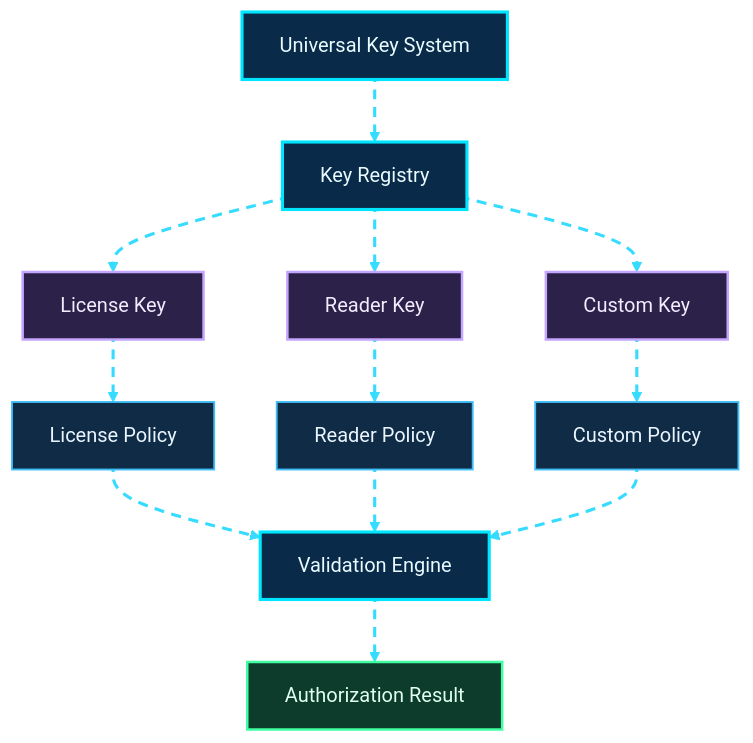
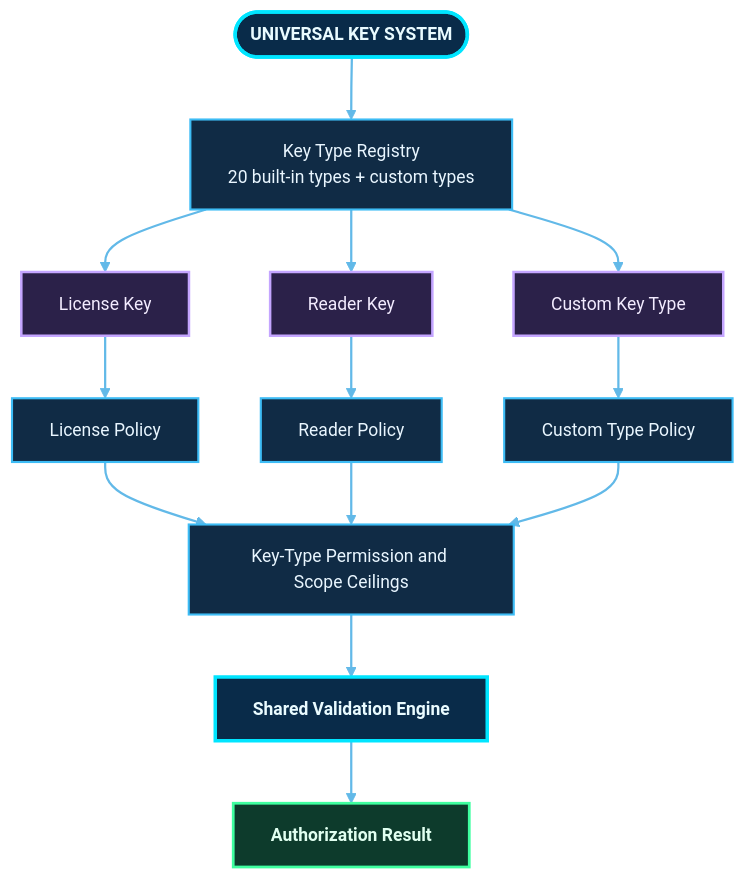
The eighth of 23 diagrams in README.md (shajeduzzamanenan992008inc/NexOra-Database-key-Gen), drawn with Mermaid before and after one commit. The commit also changed other lines of this file, not shown here.

````diff
--- a/README.md
+++ b/README.md
@@ -809,37 +793,36 @@
 ```mermaid
-%%{init: {"theme":"base","themeVariables":{"darkMode":true,"background":"#07111f","primaryColor":"#102744","primaryTextColor":"#e8f7ff","primaryBorderColor":"#00d9ff","lineColor":"#7297c8","secondaryColor":"#261d45","secondaryTextColor":"#f3eaff","secondaryBorderColor":"#a78bfa","tertiaryColor":"#12332b","tertiaryTextColor":"#e0fff1","tertiaryBorderColor":"#41e6a2","fontFamily":"Inter, Segoe UI, sans-serif","edgeLabelBackground":"#101d34","mainBkg":"#102744","nodeBorder":"#00d9ff","clusterBkg":"#0b1930","clusterBorder":"#6f7dff","actorBkg":"#102744","actorBorder":"#00d9ff","actorTextColor":"#e8f7ff","signalColor":"#64d8ff","signalTextColor":"#e8f7ff","noteBkgColor":"#0e332b","noteBorderColor":"#41e6a2","noteTextColor":"#e0fff1"}}}%%
-flowchart TD
-    A["Universal Key System"] nx07e01@--> B["Key Registry"]
-    B nx07e02@--> C["License Key"]
-    B nx07e03@--> D["Reader Key"]
-    B nx07e04@--> E["Custom Key"]
+%%{init: {"theme":"base","themeVariables":{"darkMode":true,"background":"#07111f","primaryColor":"#102744","primaryTextColor":"#e8f7ff","primaryBorderColor":"#00d9ff","lineColor":"#62b9e8","secondaryColor":"#261d45","secondaryTextColor":"#f3eaff","secondaryBorderColor":"#a78bfa","tertiaryColor":"#12332b","tertiaryTextColor":"#e0fff1","tertiaryBorderColor":"#41e6a2","fontFamily":"Inter, Segoe UI, sans-serif","fontSize":"14px","edgeLabelBackground":"#101d34","mainBkg":"#102744","nodeBorder":"#00d9ff","clusterBkg":"#0b1930","clusterBorder":"#6f7dff","actorBkg":"#102744","actorBorder":"#00d9ff","actorTextColor":"#e8f7ff","signalColor":"#64d8ff","signalTextColor":"#e8f7ff","noteBkgColor":"#0e332b","noteBorderColor":"#41e6a2","noteTextColor":"#e0fff1"}}}%%
+flowchart TB
+    SYS(["UNIVERSAL KEY SYSTEM"]) --> REG["Key Type Registry<br/>20 built-in types + custom types"]
 
-    C nx07e05@--> F["License Policy"]
-    D nx07e06@--> G["Reader Policy"]
-    E nx07e07@--> H["Custom Policy"]
+    REG --> LIC["License Key"]
+    REG --> READ["Reader Key"]
+    REG --> CUSTOM["Custom Key Type"]
 
-    F nx07e08@--> I["Validation Engine"]
-    G nx07e09@--> I
-    H nx07e10@--> I
+    LIC --> LP["License Policy"]
+    READ --> RP["Reader Policy"]
+    CUSTOM --> CP["Custom Type Policy"]
 
-    I nx07e11@--> J["Authorization Result"]
+    LP --> CEIL["Key-Type Permission and Scope Ceilings"]
+    RP --> CEIL
+    CP --> CEIL
+    CEIL --> VALID["Shared Validation Engine"]
+    VALID --> RESULT["Authorization Result"]
 
-    %% OMEGA NEX-ORA visual classes
-    %% OMEGA NEX-ORA / ULTRA NEON PALETTE
-    classDef nxCore fill:#092b49,stroke:#00e5ff,stroke-width:2.5px,color:#e9fbff;
-    classDef nxProcess fill:#102b45,stroke:#3dbcf5,stroke-width:1.5px,color:#e9f6ff;
-    classDef nxDecision fill:#2b2050,stroke:#b38cff,stroke-width:2px,color:#f3edff;
-    classDef nxSuccess fill:#0d3b2c,stroke:#3fffa0,stroke-width:2px,color:#e0fff0;
-    classDef nxDanger fill:#451d30,stroke:#ff6688,stroke-width:2px,color:#fff0f3;
+
+    %% OMEGA NEX-ORA · ULTRA NEON DESIGN SYSTEM
+    classDef nxCore fill:#092b49,stroke:#00e5ff,stroke-width:2.8px,color:#e9fbff,font-weight:bold;
+    classDef nxProcess fill:#102b45,stroke:#3dbcf5,stroke-width:1.7px,color:#e9f6ff;
+    classDef nxDecision fill:#2b2050,stroke:#b38cff,stroke-width:2.2px,color:#f3edff,font-weight:bold;
+    classDef nxSuccess fill:#0d3b2c,stroke:#3fffa0,stroke-width:2.2px,color:#e0fff0,font-weight:bold;
+    classDef nxDanger fill:#451d30,stroke:#ff6688,stroke-width:2.2px,color:#fff0f3,font-weight:bold;
     classDef nxData fill:#12352d,stroke:#63e6be,stroke-width:2px,color:#e1fff5;
     classDef nxExternal fill:#2b2149,stroke:#c4a5ff,stroke-width:2px,color:#f3ecff;
     classDef nxInfo fill:#17253e,stroke:#91a7c9,stroke-width:1.5px,color:#e5efff;
     classDef nxWarning fill:#453116,stroke:#fbbf24,stroke-width:2px,color:#fff6d6;
-    %% Moving dashed route: Mermaid applies this class to explicitly identified edges.
-    classDef nxAnimated stroke:#35dcff,stroke-width:2.5px,stroke-dasharray:8\,6,stroke-dashoffset:1000,animation:dash 24s linear infinite;
-    class A,B,I nxCore;
-    class C,D,E nxExternal;
-    class F,G,H nxProcess;
-    class J nxSuccess;
-    class nx07e01,nx07e02,nx07e03,nx07e04,nx07e05,nx07e06,nx07e07,nx07e08,nx07e09,nx07e10,nx07e11 nxAnimated;
+    linkStyle default stroke:#62b9e8,stroke-width:1.8px;
+    class SYS,VALID nxCore;
+    class REG,LP,RP,CP,CEIL nxProcess;
+    class LIC,READ,CUSTOM nxExternal;
+    class RESULT nxSuccess;
 ```
````
